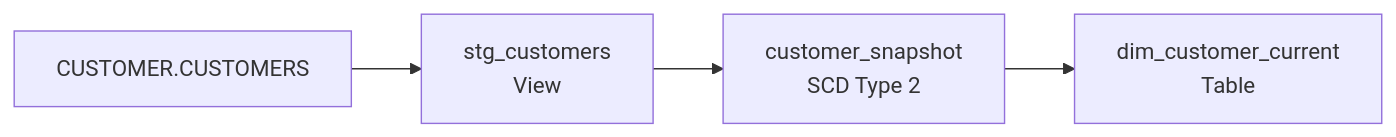
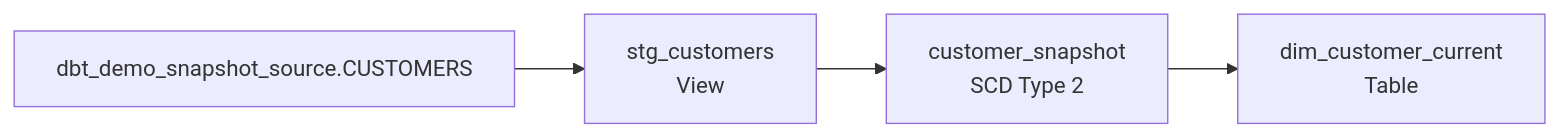
Before and after one commit to xylaaaaa/doris: the fifth of 5 diagrams in extension/dbt-doris/docs/data-eng-bench-dbt-doris-demos.zh-CN.md, drawn with Mermaid. The commit also changed other lines of this file and 9 other files, not shown here.

First line of the commit message:
[doc](dbt) Document end-to-end Doris demo flows

```diff
--- a/extension/dbt-doris/docs/data-eng-bench-dbt-doris-demos.zh-CN.md
+++ b/extension/dbt-doris/docs/data-eng-bench-dbt-doris-demos.zh-CN.md
@@ -839,6 +961,6 @@
 ~~~mermaid
 flowchart LR
-    A[CUSTOMER.CUSTOMERS] --> B[stg_customers<br/>View]
+    A[dbt_demo_snapshot_source.CUSTOMERS] --> B[stg_customers<br/>View]
     B --> C[customer_snapshot<br/>SCD Type 2]
     C --> D[dim_customer_current<br/>Table]
 ~~~
```
